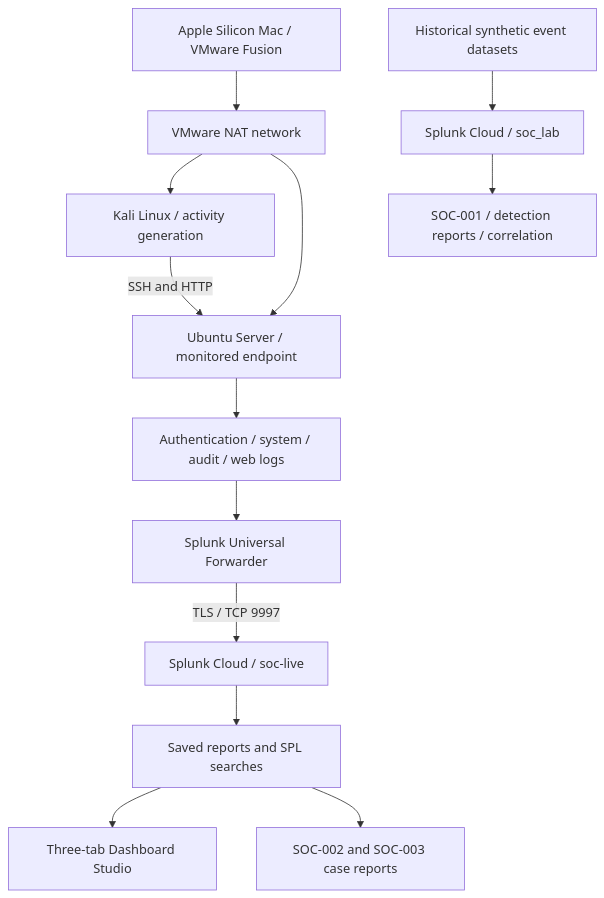
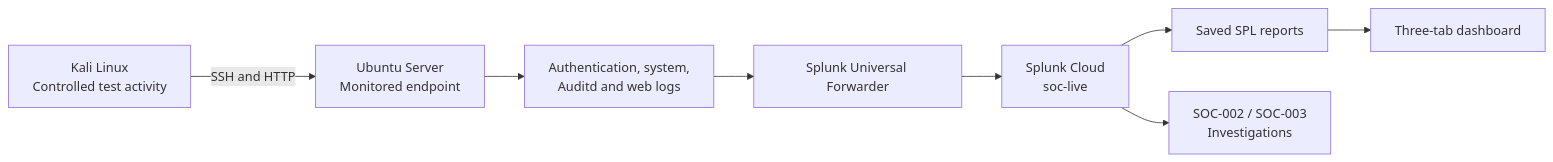
One commit to chasemad/Splunk-Lab changed the diagram in README.md. Above: the diagram before and after it, drawn with Mermaid. The commit also changed other lines of this file, not shown here.

````diff
--- a/README.md
+++ b/README.md
@@ -30,15 +37,10 @@
 ```mermaid
-flowchart TD
-  A[Apple Silicon Mac / VMware Fusion] --> B[VMware NAT network]
-  B --> K[Kali Linux / activity generation]
-  B --> U[Ubuntu Server / monitored endpoint]
-  K -->|SSH and HTTP| U
-  U --> T[Authentication / system / audit / web logs]
-  T --> F[Splunk Universal Forwarder]
-  F -->|TLS / TCP 9997| S[Splunk Cloud / soc-live]
-  S --> D[Saved reports and SPL searches]
-  D --> W[Three-tab Dashboard Studio]
-  D --> C[SOC-002 and SOC-003 case reports]
-  H[Historical synthetic event datasets] --> L[Splunk Cloud / soc_lab]
-  L --> I[SOC-001 / detection reports / correlation]
+flowchart LR
+  K["Kali Linux<br/>Controlled test activity"] -->|"SSH and HTTP"| U["Ubuntu Server<br/>Monitored endpoint"]
+  U --> L["Authentication, system,<br/>Auditd and web logs"]
+  L --> F["Splunk Universal Forwarder"]
+  F --> S["Splunk Cloud<br/>soc-live"]
+  S --> Q["Saved SPL reports"]
+  Q --> D["Three-tab dashboard"]
+  S --> I["SOC-002 / SOC-003<br/>Investigations"]
 ```
````
